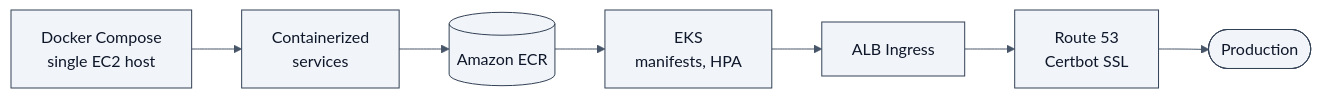
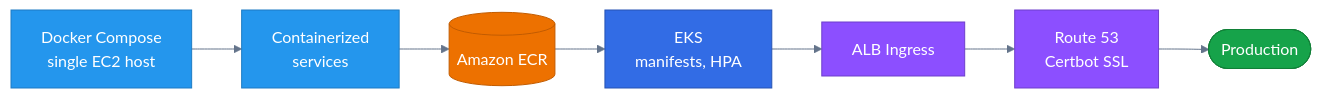
One commit to Rohit-1920/Rohit-1920 changed the fourth of 7 diagrams in README.md. Above: the diagram before and after it, drawn with Mermaid. The commit also changed other lines of this file, not shown here.

````diff
--- a/README.md
+++ b/README.md
@@ -246,5 +328,16 @@
 ```mermaid
-%%{init: {'theme':'base','themeVariables':{'fontFamily':'Inter, ui-sans-serif, system-ui, sans-serif','primaryColor':'#F1F5F9','primaryBorderColor':'#334155','primaryTextColor':'#0F172A','lineColor':'#475569'}}}%%
+%%{init: {'theme':'base','themeVariables':{'fontFamily':'Inter, ui-sans-serif, system-ui, sans-serif','lineColor':'#64748B','primaryTextColor':'#0F172A'}}}%%
 flowchart LR
   DC["Docker Compose<br/>single EC2 host"] --> SV["Containerized<br/>services"] --> ECR[("Amazon ECR")] --> EKS["EKS<br/>manifests, HPA"] --> ALB["ALB Ingress"] --> R53["Route 53<br/>Certbot SSL"] --> PROD(["Production"])
+
+  classDef docker fill:#2496ED,stroke:#1D7BC4,color:#FFFFFF
+  classDef aws fill:#ED7100,stroke:#C25C00,color:#FFFFFF
+  classDef net fill:#8C4FFF,stroke:#6F3FCC,color:#FFFFFF
+  classDef k8s fill:#326CE5,stroke:#2653B3,color:#FFFFFF
+  classDef done fill:#16A34A,stroke:#128038,color:#FFFFFF
+  class DC,SV docker
+  class ECR aws
+  class ALB,R53 net
+  class EKS k8s
+  class PROD done
 ```
````
